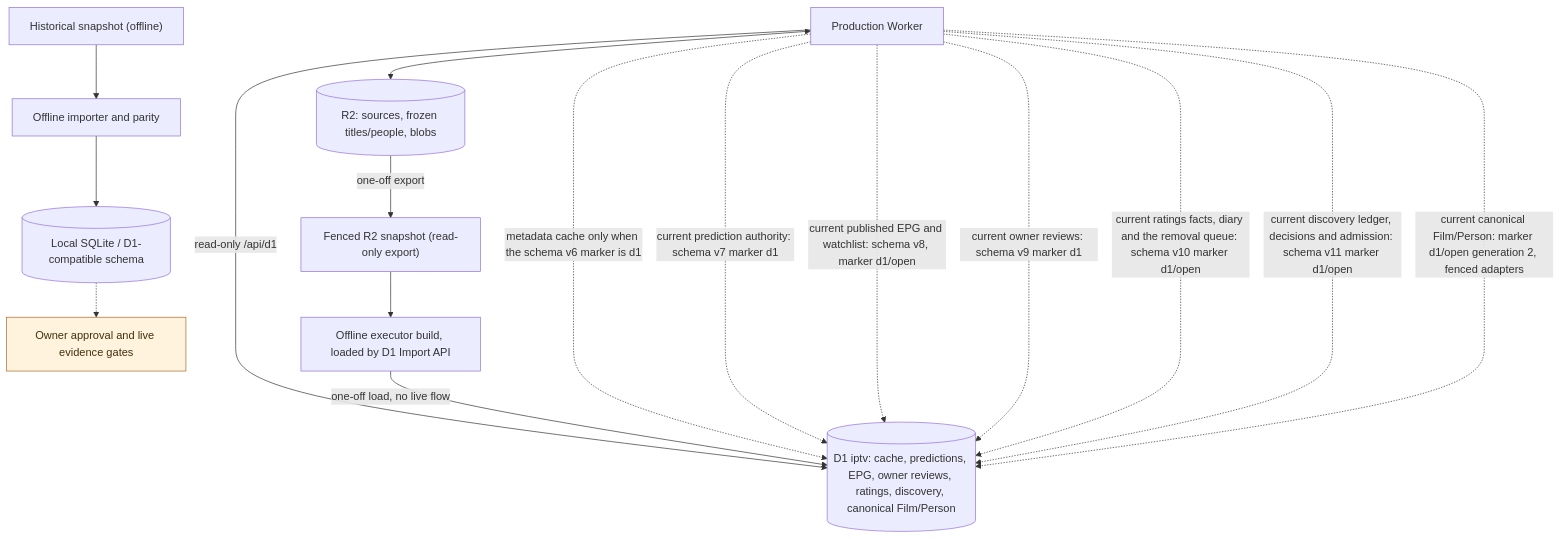
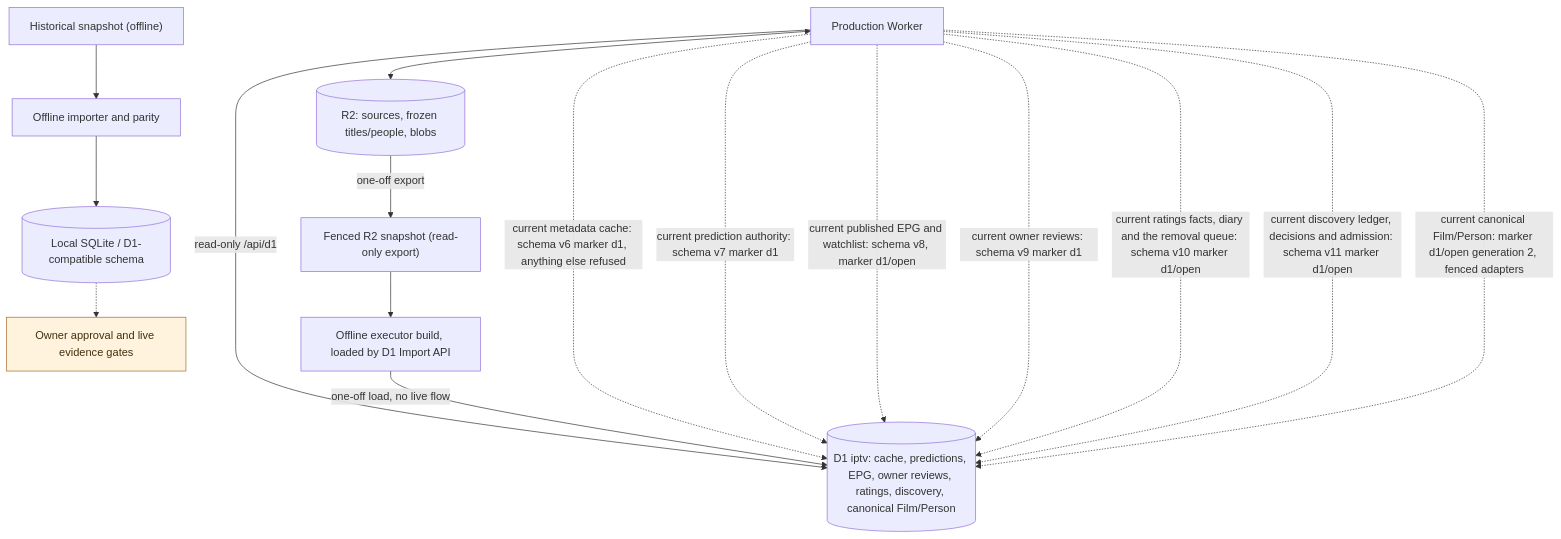
Before and after one commit to vladimino/iptv-watchlist: the diagram in docs/architecture/persistence-and-migration.md, drawn with Mermaid. The commit also changed 29 other files, not shown here.

First line of the commit message:
AIR-79: metadata cache served only in D1 mode; retire its rollback tooling (ADR 0162)

````diff
--- a/docs/architecture/persistence-and-migration.md
+++ b/docs/architecture/persistence-and-migration.md
@@ -7,26 +7,26 @@
 ```mermaid
 flowchart TD
     worker["Production Worker"]
     r2[("R2: sources, frozen titles/people, blobs")]
     archive["Historical snapshot (offline)"]
     importer["Offline importer and parity"]
     local[("Local SQLite / D1-compatible schema")]
     gate["Owner approval and live evidence gates"]
     snapshot["Fenced R2 snapshot (read-only export)"]
     reload["Offline executor build, loaded by D1 Import API"]
     d1[("D1 iptv: cache, predictions, EPG, owner reviews, ratings, discovery, canonical Film/Person")]
     worker <--> r2
     worker -->|read-only /api/d1| d1
     archive --> importer --> local
     local -.-> gate
     r2 -->|one-off export| snapshot --> reload -->|one-off load, no live flow| d1
-    worker -.->|metadata cache only when the schema v6 marker is d1| d1
+    worker -.->|current metadata cache: schema v6 marker d1, anything else refused| d1
     worker -.->|current prediction authority: schema v7 marker d1| d1
     worker -.->|current published EPG and watchlist: schema v8, marker d1/open| d1
     worker -.->|current owner reviews: schema v9 marker d1| d1
     worker -.->|current ratings facts, diary and the removal queue: schema v10 marker d1/open| d1
     worker -.->|current discovery ledger, decisions and admission: schema v11 marker d1/open| d1
     worker -.->|current canonical Film/Person: marker d1/open generation 2, fenced adapters| d1
     classDef future fill:#fff3de,stroke:#a56c2b,color:#42300e
     class gate future
 ```
````
